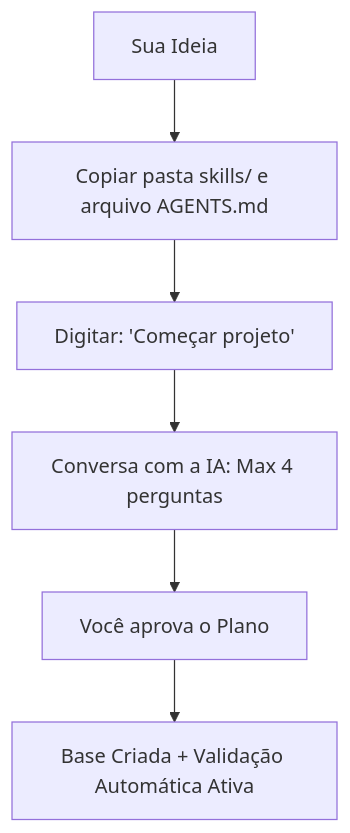
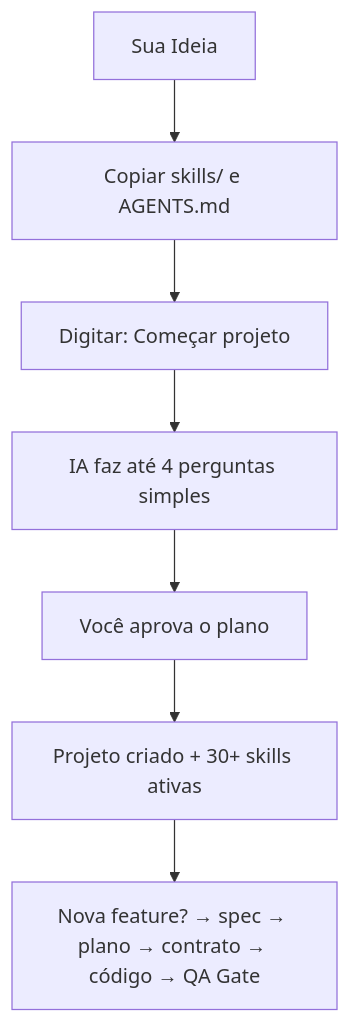
One commit to WessCrow/starter changed the diagram in docs/public/lp-github.md. Above: the diagram before and after it, drawn with Mermaid. The commit also changed other lines of this file, not shown here.

First line of the commit message:
docs(lp): reposicionamento — skill catalog, spec-driven, v5.2

````diff
--- a/docs/public/lp-github.md
+++ b/docs/public/lp-github.md
@@ -32,8 +30,9 @@
 ```mermaid
 graph TD
-    A[Sua Ideia] --> B[Copiar pasta skills/ e arquivo AGENTS.md]
-    B --> C[Digitar: 'Começar projeto']
-    C --> D[Conversa com a IA: Max 4 perguntas]
-    D --> E[Você aprova o Plano]
-    E --> F[Base Criada + Validação Automática Ativa]
+    A[Sua Ideia] --> B[Copiar skills/ e AGENTS.md]
+    B --> C["Digitar: Começar projeto"]
+    C --> D[IA faz até 4 perguntas simples]
+    D --> E[Você aprova o plano]
+    E --> F[Projeto criado + 30+ skills ativas]
+    F --> G["Nova feature? → spec → plano → contrato → código → QA Gate"]
 ```
````
